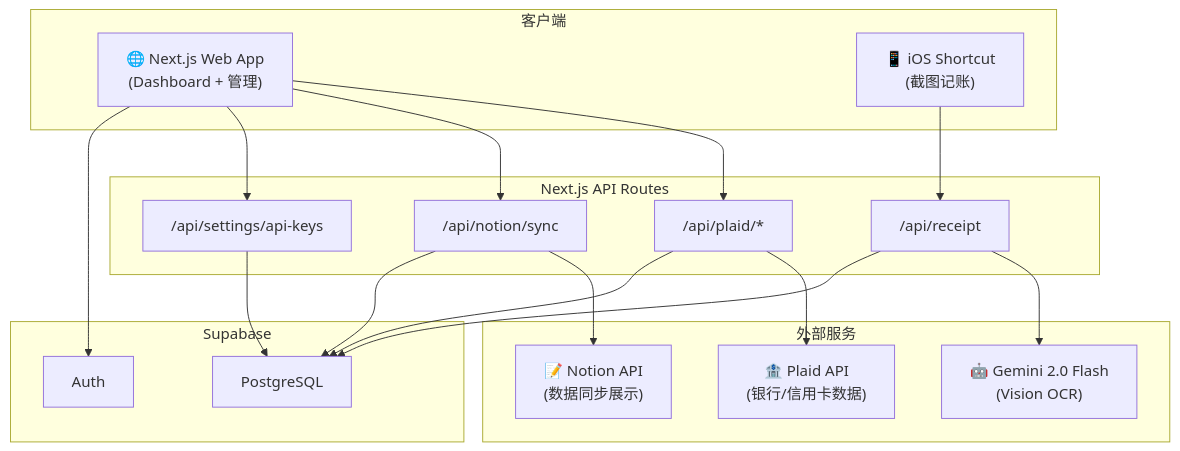
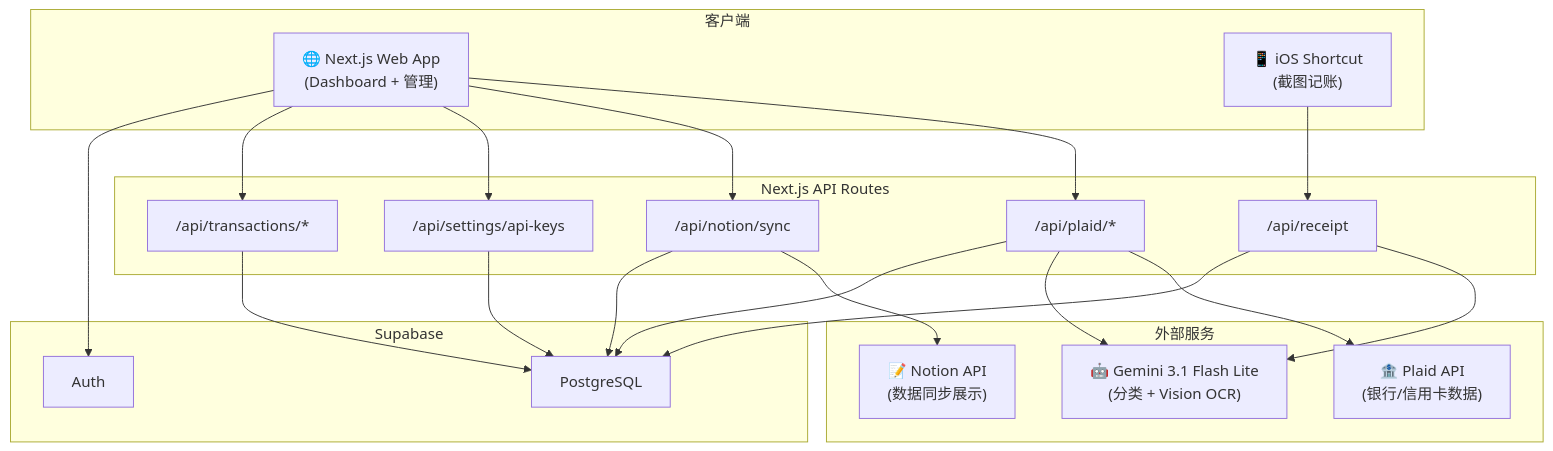
The diagram in docs/ARCHITECTURE.md (Maple0517/accountant), drawn with Mermaid before and after one commit. The commit also changed other lines of this file and 17 other files, not shown here.

````diff
--- a/docs/ARCHITECTURE.md
+++ b/docs/ARCHITECTURE.md
@@ -9,33 +9,34 @@
 ```mermaid
 graph TB
     subgraph "客户端"
         A["🌐 Next.js Web App<br/>(Dashboard + 管理)"]
         B["📱 iOS Shortcut<br/>(截图记账)"]
     end
 
     subgraph "Next.js API Routes"
         C1["/api/plaid/*"]
         C2["/api/notion/sync"]
         C3["/api/receipt"]
         C4["/api/settings/api-keys"]
+        C5["/api/transactions/*"]
     end
 
     subgraph "外部服务"
         E["🏦 Plaid API<br/>(银行/信用卡数据)"]
         F["📝 Notion API<br/>(数据同步展示)"]
-        G["🤖 Gemini 2.0 Flash<br/>(Vision OCR)"]
+        G["🤖 Gemini 3.1 Flash Lite<br/>(分类 + Vision OCR)"]
     end
 
     subgraph "Supabase"
         H["PostgreSQL"]
         I["Auth"]
     end
 
-    A --> C1 & C2 & C4
+    A --> C1 & C2 & C4 & C5
     B --> C3
-    C1 --> E & H
+    C1 --> E & G & H
     C2 --> F & H
     C3 --> G & H
-    C4 --> H
+    C4 & C5 --> H
     A --> I
 ```
````
